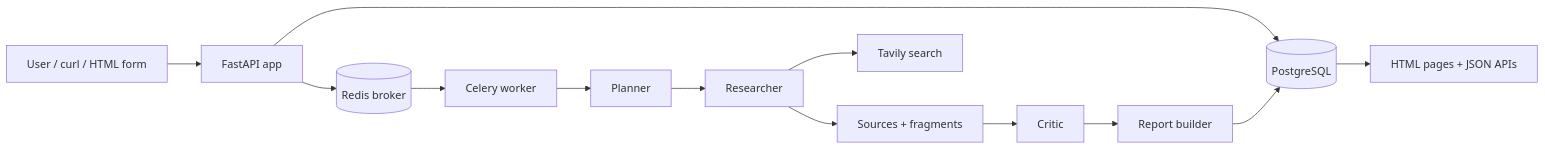
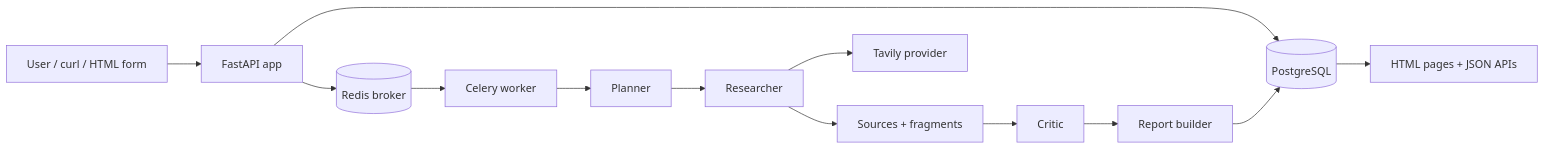
Before and after one commit to jsdnaasd/ai-research-agent-platform: the diagram in README.md, drawn with Mermaid. The commit also changed other lines of this file and 5 other files, not shown here.

````diff
--- a/README.md
+++ b/README.md
@@ -23,15 +45,15 @@
 ```mermaid
 flowchart LR
-    User[User / curl / HTML form] --> FastAPI[FastAPI app]
-    FastAPI --> Postgres[(PostgreSQL)]
-    FastAPI --> Redis[(Redis broker)]
-    Redis --> Celery[Celery worker]
-    Celery --> Planner[Planner]
-    Planner --> Researcher[Researcher]
-    Researcher --> Tavily[Tavily search]
-    Researcher --> Fragments[Sources + fragments]
-    Fragments --> Critic[Critic]
-    Critic --> Report[Report builder]
-    Report --> Postgres
-    Postgres --> API[HTML pages + JSON APIs]
+    User["User / curl / HTML form"] --> API["FastAPI app"]
+    API --> DB[("PostgreSQL")]
+    API --> Redis[("Redis broker")]
+    Redis --> Worker["Celery worker"]
+    Worker --> Planner["Planner"]
+    Planner --> Researcher["Researcher"]
+    Researcher --> Search["Tavily provider"]
+    Researcher --> Fragments["Sources + fragments"]
+    Fragments --> Critic["Critic"]
+    Critic --> Report["Report builder"]
+    Report --> DB
+    DB --> Routes["HTML pages + JSON APIs"]
 ```
````
